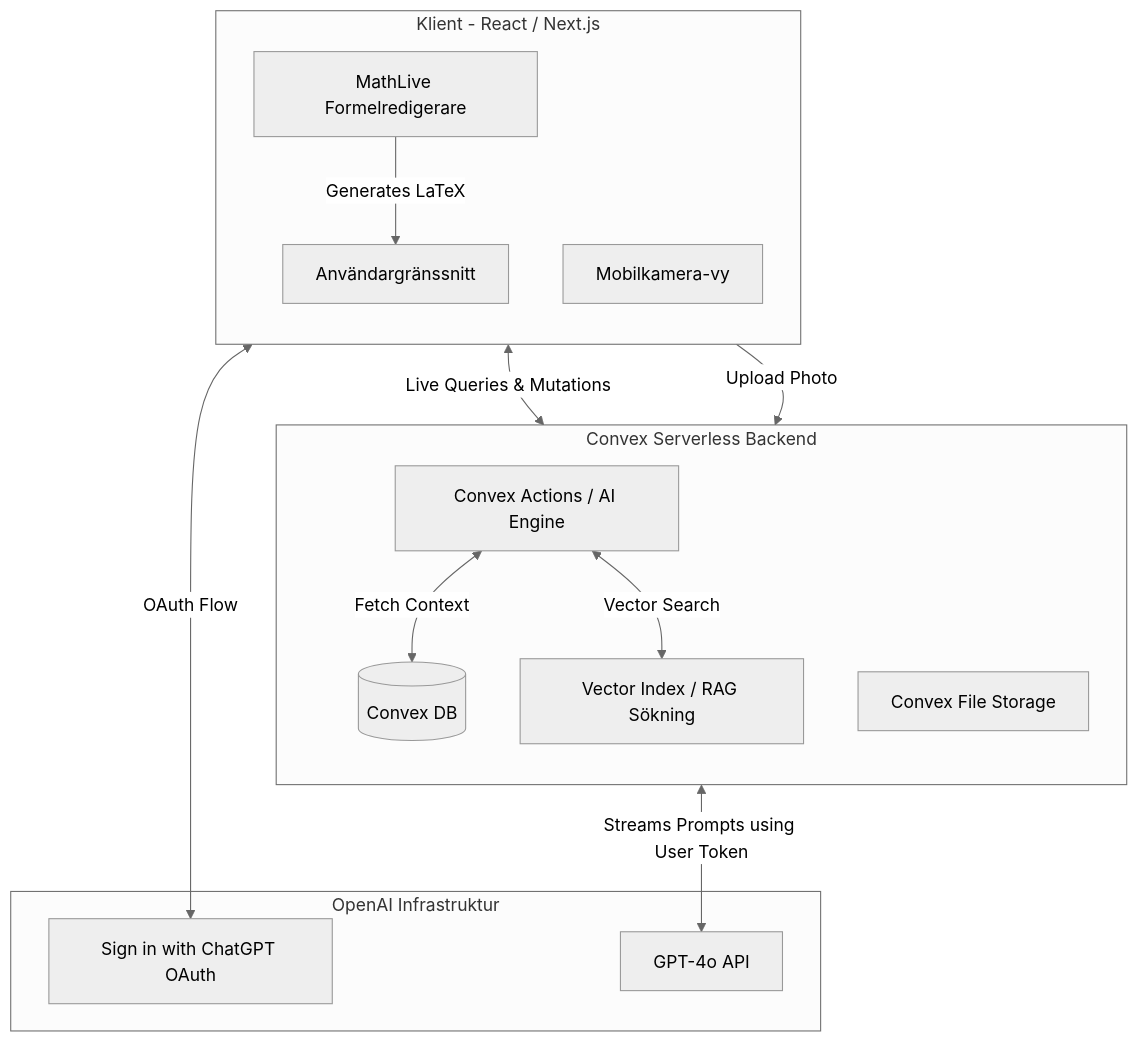
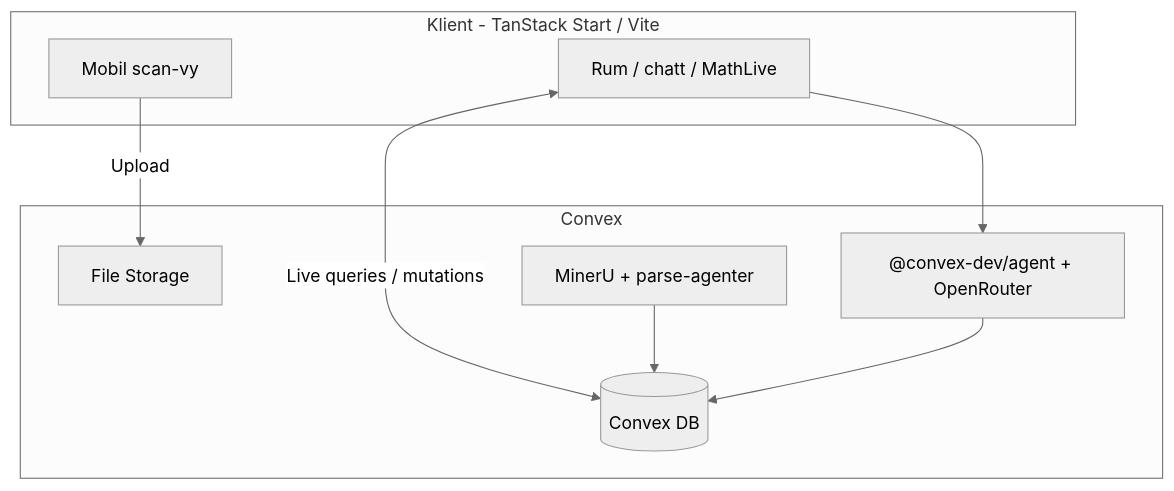
Before and after one commit to Hawaii66/lumo: the diagram in README.md, drawn with Mermaid (neutral theme). The commit also changed other lines of this file and 9 other files, not shown here.

````diff
--- a/README.md
+++ b/README.md
@@ -48,31 +54,20 @@
 ```mermaid
 flowchart TD
-  subgraph Client [Klient - React / Next.js]
-    direction TB
-    UI[Användargränssnitt]
-    ML[MathLive Formelredigerare]
-    Cam[Mobilkamera-vy]
+  subgraph Client [Klient - TanStack Start / Vite]
+    UI[Rum / chatt / MathLive]
+    Cam[Mobil scan-vy]
   end
 
-  subgraph Convex [Convex Serverless Backend]
-    direction TB
+  subgraph Convex [Convex]
     DB[(Convex DB)]
-    FS[Convex File Storage]
-    Actions[Convex Actions / AI Engine]
-    VI[Vector Index / RAG Sökning]
+    FS[File Storage]
+    Agent["@convex-dev/agent + OpenRouter"]
+    Parse[MinerU + parse-agenter]
   end
 
-  subgraph OpenAI [OpenAI Infrastruktur]
-    SIWC[Sign in with ChatGPT OAuth]
-    GPT[GPT-4o API]
-  end
-
-  %% Relations
-  UI <-->|Live Queries & Mutations| DB
-  Cam -->|Upload Photo| FS
-  ML -->|Generates LaTeX| UI
-  Actions <-->|Fetch Context| DB
-  Actions <-->|Vector Search| VI
-  UI <-->|OAuth Flow| SIWC
-  Actions <-->|Streams Prompts using User Token| GPT
+  UI <-->|Live queries / mutations| DB
+  Cam -->|Upload| FS
+  UI --> Agent
+  Parse --> DB
+  Agent --> DB
 ```
````
